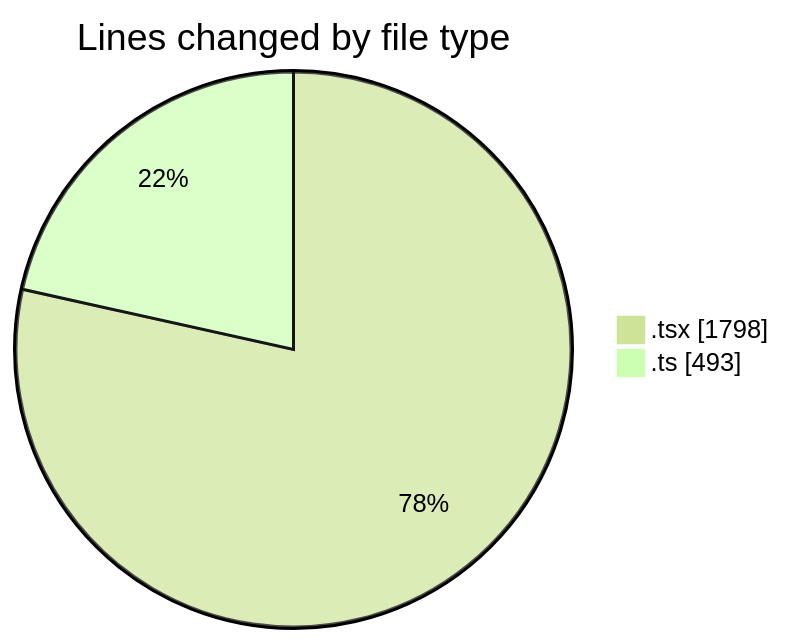
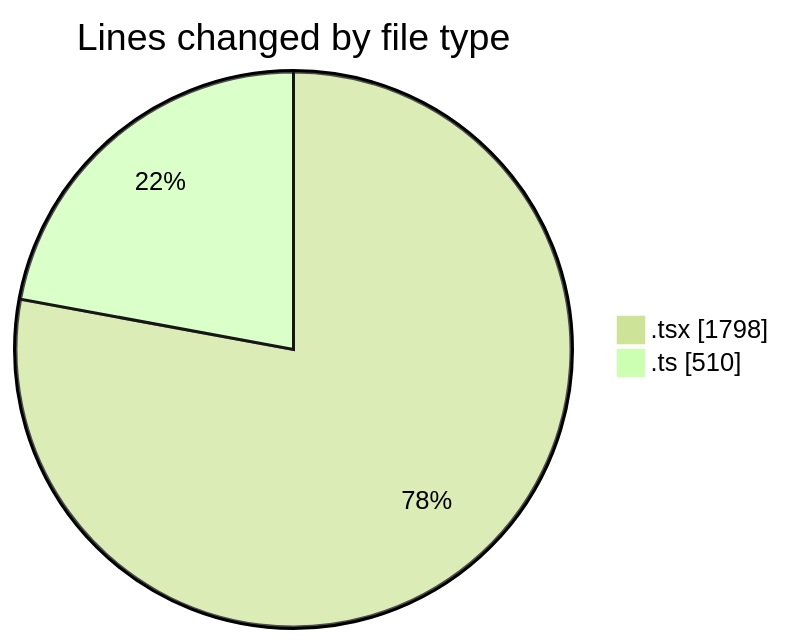
One commit to nxtqubesakshisongat/code-tracking changed the first of 2 diagrams in 2026-03-06/nxtqube_webapp/README.md. Above: the diagram before and after it, drawn with Mermaid (forest theme). The commit also changed other lines of this file and 1 other file, not shown here.

````diff
--- a/2026-03-06/nxtqube_webapp/README.md
+++ b/2026-03-06/nxtqube_webapp/README.md
@@ -24,6 +25,6 @@
 ```mermaid
 pie showData
 title Lines changed by file type
 ".tsx" : 1798
-".ts" : 493
+".ts" : 510
 ```
````
